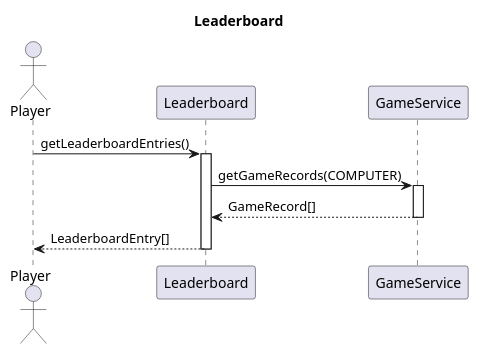
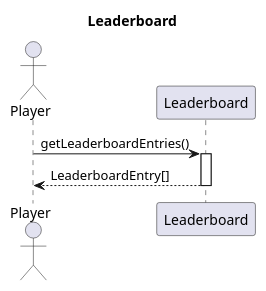
The diagram in docs/preliminary_design_diagrams/sequence_diagrams/leaderboard.puml (ECE493-W22-G04/rl-chess), drawn with PlantUML before and after one commit.

Commit message:
Simplify leaderboard

```diff
--- a/docs/preliminary_design_diagrams/sequence_diagrams/leaderboard.puml
+++ b/docs/preliminary_design_diagrams/sequence_diagrams/leaderboard.puml
@@ -1,14 +1,12 @@
 @startuml
 title Leaderboard
 
 autoactivate on
 
 actor Player
 
 Player -> Leaderboard : getLeaderboardEntries()
 
-Leaderboard -> GameService : getGameRecords(COMPUTER)
-return GameRecord[]
+Leaderboard --> Player: LeaderboardEntry[]
 
-Leaderboard --> Player: LeaderboardEntry[]
 @enduml
```
